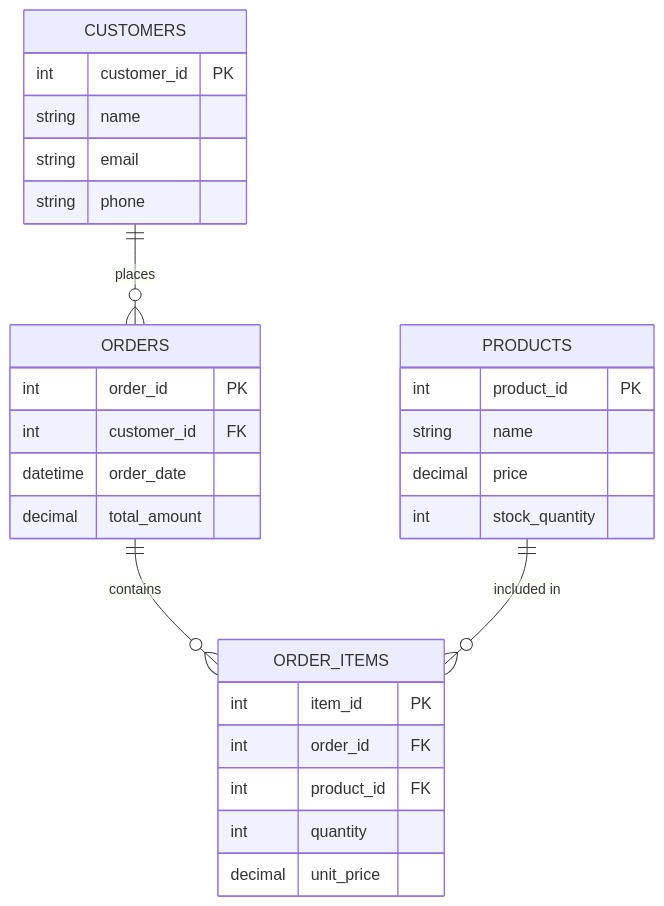
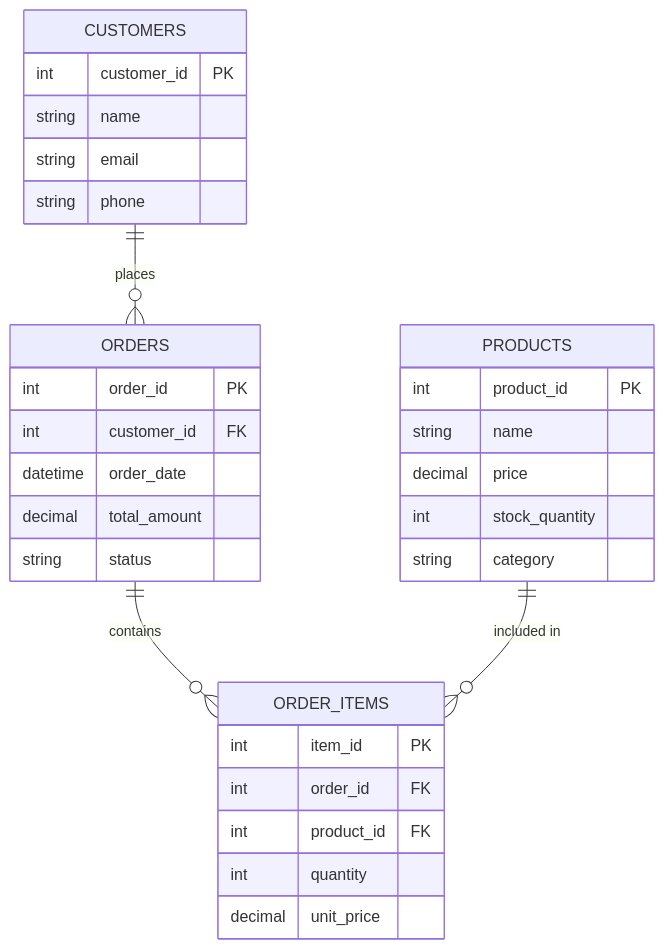
The first of 7 diagrams in docs/lectures/lecture-10.md (olroi421/course-opi), drawn with Mermaid before and after one commit. The commit also changed other lines of this file and 1 other file, not shown here.

````diff
--- a/docs/lectures/lecture-10.md
+++ b/docs/lectures/lecture-10.md
@@ -88,35 +21,37 @@
 ```mermaid
 erDiagram
+    CUSTOMERS ||--o{ ORDERS : places
     ORDERS ||--o{ ORDER_ITEMS : contains
-    CUSTOMERS ||--o{ ORDERS : places
     PRODUCTS ||--o{ ORDER_ITEMS : "included in"
 
     CUSTOMERS {
         int customer_id PK
         string name
         string email
         string phone
     }
 
     ORDERS {
         int order_id PK
         int customer_id FK
         datetime order_date
         decimal total_amount
+        string status
     }
 
     PRODUCTS {
         int product_id PK
         string name
         decimal price
         int stock_quantity
+        string category
     }
 
     ORDER_ITEMS {
         int item_id PK
         int order_id FK
         int product_id FK
         int quantity
         decimal unit_price
     }
 ```
````
